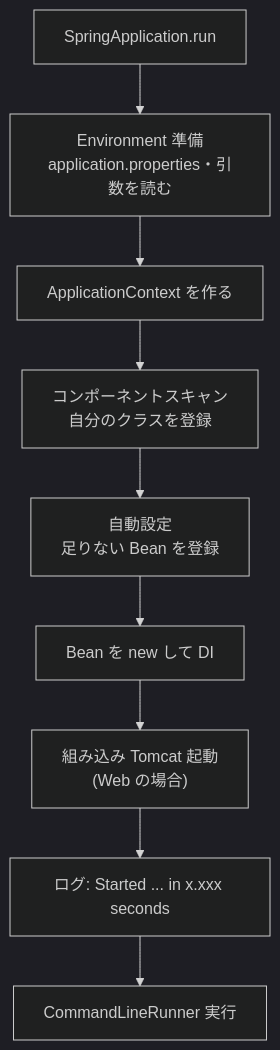
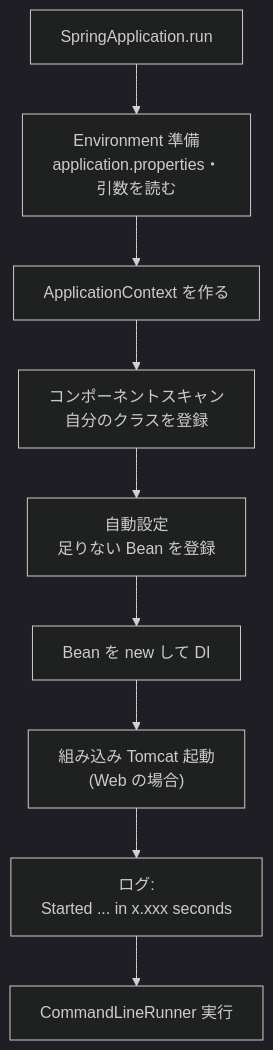
The diagram in content/03-spring/01-core/02-spring-boot-startup/lesson.md (junyeol928-hash/Sayana), drawn with Mermaid (dark theme) before and after one commit. The commit also changed 9 other files, not shown here.

Commit message:
fix: 図のラベルを語の切れ目で改行し、英字の用語の読みをカタカナにそろえた(スマホで図の文字が語の途中で折れていたため)

````diff
--- a/content/03-spring/01-core/02-spring-boot-startup/lesson.md
+++ b/content/03-spring/01-core/02-spring-boot-startup/lesson.md
@@ -34,11 +34,11 @@
 ```mermaid
 flowchart TD
-  A["SpringApplication.run"] --> B["Environment 準備<br>application.properties・引数を読む"]
+  A["SpringApplication.run"] --> B["Environment 準備<br>application.properties・<br>引数を読む"]
   B --> C["ApplicationContext を作る"]
   C --> D["コンポーネントスキャン<br>自分のクラスを登録"]
   D --> E["自動設定<br>足りない Bean を登録"]
   E --> F["Bean を new して DI"]
   F --> G["組み込み Tomcat 起動<br>(Web の場合)"]
-  G --> H["ログ: Started ... in x.xxx seconds"]
+  G --> H["ログ:<br>Started ... in x.xxx seconds"]
   H --> I["CommandLineRunner 実行"]
 ```
````
